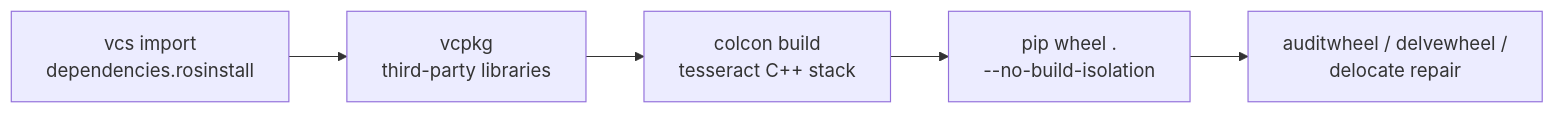
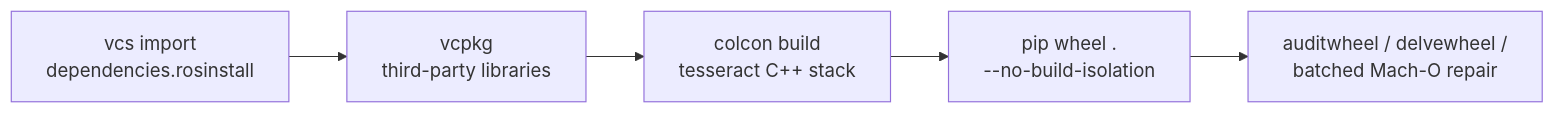
Before and after one commit to tesseract-robotics/tesseract_nanobind: the third of 3 diagrams in docs/developer/binaries.md, drawn with Mermaid. The commit also changed other lines of this file and 7 other files, not shown here.

Commit message:
Restore batched macOS wheel repair for vcpkg builds

````diff
--- a/docs/developer/binaries.md
+++ b/docs/developer/binaries.md
@@ -166,7 +166,7 @@
 ```mermaid
 flowchart LR
     A[vcs import<br/>dependencies.rosinstall] --> B[vcpkg<br/>third-party libraries]
     B --> C[colcon build<br/>tesseract C++ stack]
     C --> D[pip wheel .<br/>--no-build-isolation]
-    D --> E[auditwheel / delvewheel /<br/>delocate repair]
+    D --> E[auditwheel / delvewheel /<br/>batched Mach-O repair]
 ```
````
